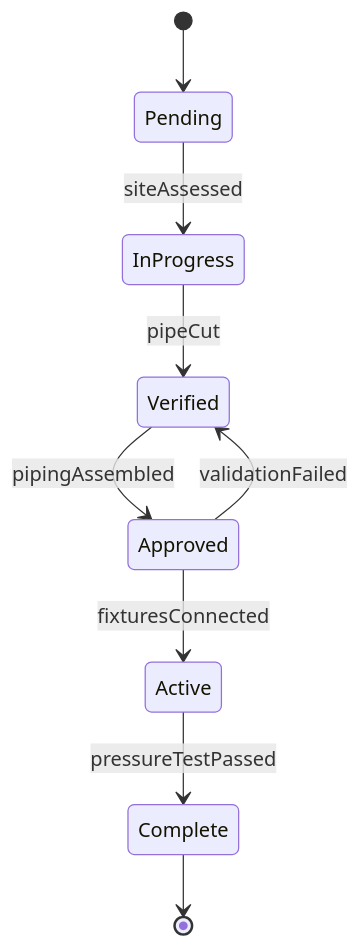
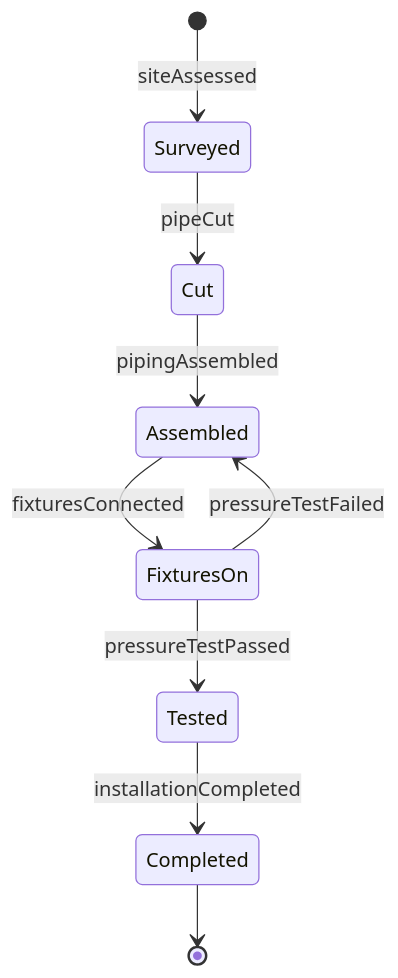
The second of 4 diagrams in HandlingAndMovingObjects/InstallPlumbingOrPipingEquipmentOrSystems/InstallPlumbingPiping.mdx (dot-org-ai/tasks.org.ai), drawn with Mermaid before and after one commit. The commit also changed other lines of this file and 515 other files, not shown here.

````diff
--- a/HandlingAndMovingObjects/InstallPlumbingOrPipingEquipmentOrSystems/InstallPlumbingPiping.mdx
+++ b/HandlingAndMovingObjects/InstallPlumbingOrPipingEquipmentOrSystems/InstallPlumbingPiping.mdx
@@ -98,11 +98,11 @@
 ```mermaid
 stateDiagram-v2
-    [*] --> Pending
-    Pending --> InProgress : siteAssessed
-    InProgress --> Verified : pipeCut
-    Verified --> Approved : pipingAssembled
-    Approved --> Active : fixturesConnected
-    Active --> Complete : pressureTestPassed
-    Approved --> Verified : validationFailed
-    Complete --> [*]
+    [*] --> Surveyed : siteAssessed
+    Surveyed --> Cut : pipeCut
+    Cut --> Assembled : pipingAssembled
+    Assembled --> FixturesOn : fixturesConnected
+    FixturesOn --> Tested : pressureTestPassed
+    FixturesOn --> Assembled : pressureTestFailed
+    Tested --> Completed : installationCompleted
+    Completed --> [*]
 ```
````
